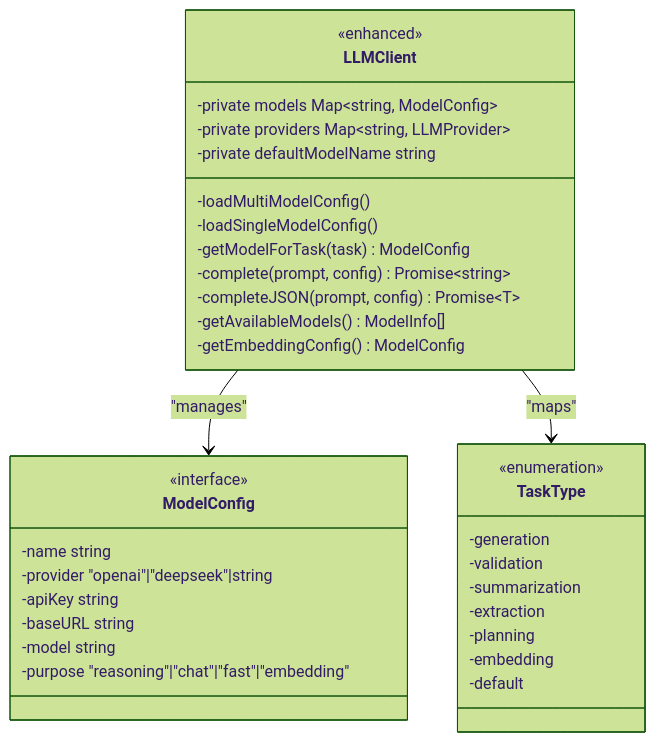
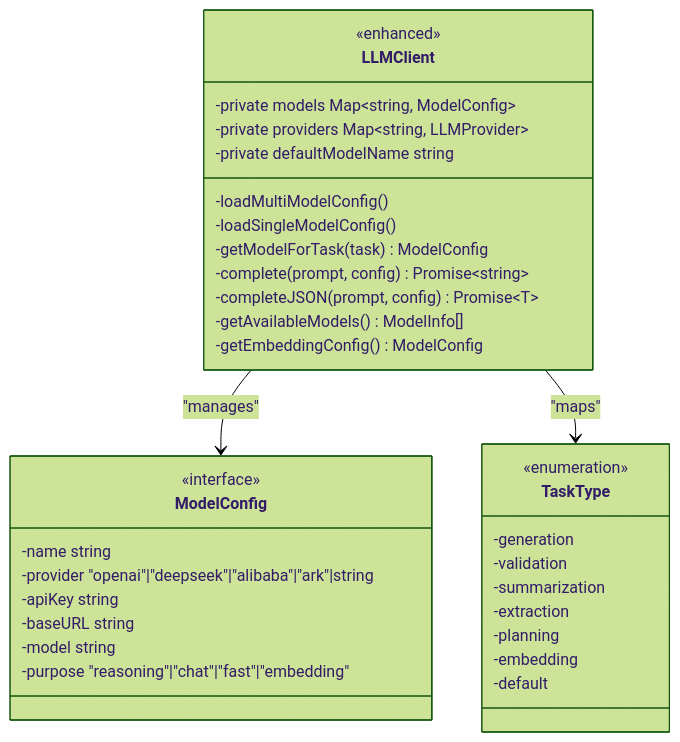
Before and after one commit to liwonder/NARRITIVE_OS: the third of 8 diagrams in .qoder/repowiki/en/content/LLM Integration and Configuration.md, drawn with Mermaid (forest theme). The commit also changed other lines of this file and 4 other files, not shown here.

Commit message:
wiki and full flow test case

````diff
--- a/.qoder/repowiki/en/content/LLM Integration and Configuration.md
+++ b/.qoder/repowiki/en/content/LLM Integration and Configuration.md
@@ -210,37 +215,37 @@
 ```mermaid
 classDiagram
 class LLMClient {
 <<enhanced>>
 -private models Map~string, ModelConfig~
 -private providers Map~string, LLMProvider~
 -private defaultModelName string
 -loadMultiModelConfig()
 -loadSingleModelConfig()
 -getModelForTask(task) ModelConfig
 -complete(prompt, config) Promise~string~
 -completeJSON(prompt, config) Promise~T~
 -getAvailableModels() ModelInfo[]
 -getEmbeddingConfig() ModelConfig
 }
 class ModelConfig {
 <<interface>>
 -name string
--provider "openai"|"deepseek"|string
+-provider "openai"|"deepseek"|"alibaba"|"ark"|string
 -apiKey string
 -baseURL string
 -model string
 -purpose "reasoning"|"chat"|"fast"|"embedding"
 }
 class TaskType {
 <<enumeration>>
 -generation
 -validation
 -summarization
 -extraction
 -planning
 -embedding
 -default
 }
 LLMClient --> ModelConfig : "manages"
 LLMClient --> TaskType : "maps"
 ```
````
